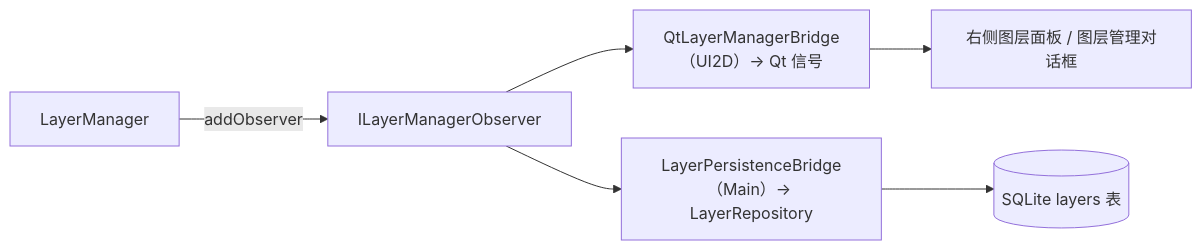
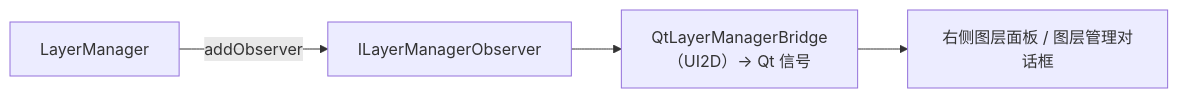
Before and after one commit to yulinxx/CAD: diagram 12 of 12 in Docs/01-当前架构/图层.md, drawn with Mermaid. The commit also changed other lines of this file and 73 other files, not shown here.

First line of the commit message:
refactor: ImportResult 统一承载原生 .apr 图层语义, 移除 LayerPersistenceBridge 旧方案

````diff
--- a/Docs/01-当前架构/图层.md
+++ b/Docs/01-当前架构/图层.md
@@ -492,8 +569,6 @@
 ```mermaid
 graph LR
     LM["LayerManager"] -->|addObserver| O["ILayerManagerObserver"]
     O --> Q["QtLayerManagerBridge<br/>（UI2D）→ Qt 信号"]
-    O --> P["LayerPersistenceBridge<br/>（Main）→ LayerRepository"]
     Q --> R["右侧图层面板 / 图层管理对话框"]
-    P --> DB[("SQLite layers 表")]
 ```
````
